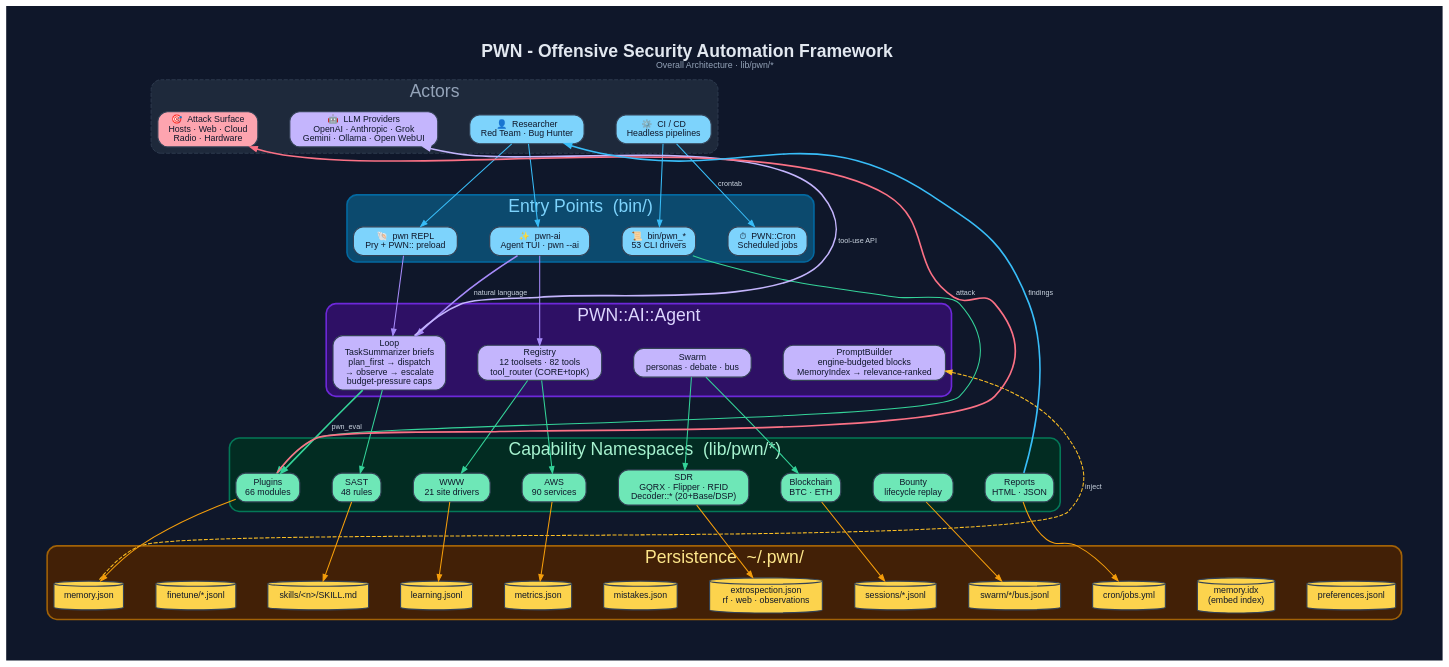
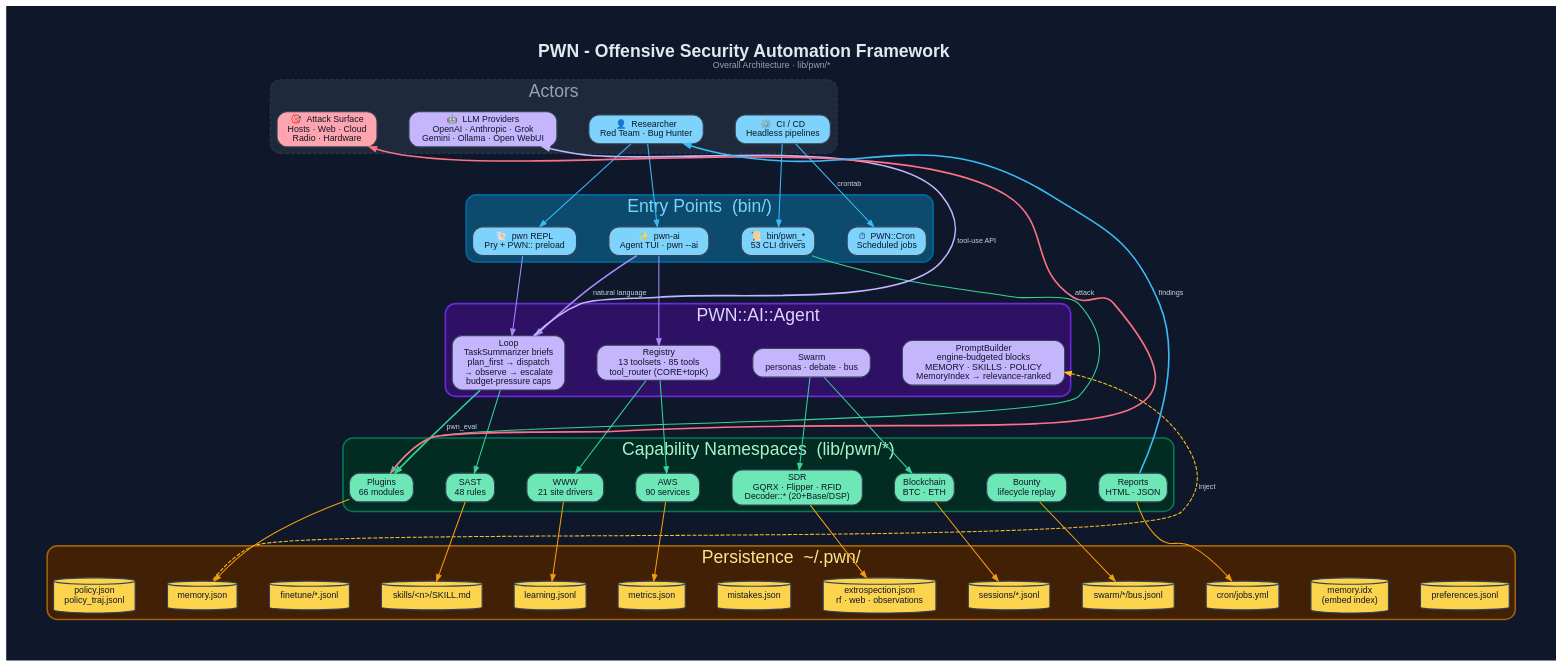
One commit to 0dayInc/pwn changed the diagram in documentation/diagrams/dot/overall-pwn-architecture.dot. Above: the diagram before and after it, drawn with Graphviz. The commit also changed 57 other files, not shown here.

```diff
--- a/documentation/diagrams/dot/overall-pwn-architecture.dot
+++ b/documentation/diagrams/dot/overall-pwn-architecture.dot
@@ -1,121 +1,122 @@
 digraph "PWN_Overall_Architecture" {
   graph [
     label=<<B>PWN - Offensive Security Automation Framework</B><BR/><FONT POINT-SIZE="11" COLOR="#94a3b8">Overall Architecture · lib/pwn/*</FONT>>,
     labelloc=t, fontsize=22, fontname="Helvetica",
     rankdir=TB, splines=spline, nodesep=0.55, ranksep=1.15,
     bgcolor="#0f172a", fontcolor="#e2e8f0", pad=0.6, compound=true, newrank=true
   ];
   node [fontname="Helvetica", fontsize=11, style="filled,rounded",
         shape=box, penwidth=1.4, color="#334155", fontcolor="#0f172a"];
   edge [fontname="Helvetica", fontsize=9, color="#94a3b8",
         fontcolor="#cbd5e1", penwidth=1.3, arrowsize=0.8];
 
   /* ───────── L0 · ACTORS ───────── */
   subgraph cluster_actors {
     label="Actors"; fontcolor="#94a3b8"; style="rounded,dashed";
     color="#334155"; bgcolor="#1e293b";
     User   [label="👤  Researcher\nRed Team · Bug Hunter", fillcolor="#7dd3fc"];
     CI     [label="⚙️  CI / CD\nHeadless pipelines",       fillcolor="#7dd3fc"];
     LLM    [label="🤖  LLM Providers\nOpenAI · Anthropic · Grok\nGemini · Ollama · Open WebUI", fillcolor="#c4b5fd"];
     Target [label="🎯  Attack Surface\nHosts · Web · Cloud\nRadio · Hardware", fillcolor="#fda4af"];
   }
   {rank=same; User; CI; LLM; Target}
 
   /* ───────── L1 · ENTRY POINTS ───────── */
   subgraph cluster_entry {
     label="Entry Points  (bin/)"; fontcolor="#7dd3fc";
     style=rounded; color="#0369a1"; bgcolor="#0c4a6e"; penwidth=2;
     REPL  [label="🐚  pwn REPL\nPry + PWN:: preload",       fillcolor="#7dd3fc"];
     PwnAI [label="✨  pwn-ai\nAgent TUI · pwn --ai",         fillcolor="#7dd3fc"];
     CLI   [label="📜  bin/pwn_*\n53 CLI drivers",            fillcolor="#7dd3fc"];
     Cronb [label="⏱  PWN::Cron\nScheduled jobs",            fillcolor="#7dd3fc"];
   }
   {rank=same; REPL; PwnAI; CLI; Cronb}
 
   /* ───────── L2 · AI AGENT CORE ───────── */
   subgraph cluster_agent {
     label="PWN::AI::Agent"; fontcolor="#ddd6fe";
     style=rounded; color="#6d28d9"; bgcolor="#2e1065"; penwidth=2;
     Loop     [label="Loop\nTaskSummarizer briefs\nplan_first → dispatch\n→ observe → escalate\nbudget-pressure caps",      fillcolor="#c4b5fd"];
-    Registry [label="Registry\n12 toolsets · 82 tools\ntool_router (CORE+topK)",    fillcolor="#c4b5fd"];
+    Registry [label="Registry\n13 toolsets · 85 tools\ntool_router (CORE+topK)",    fillcolor="#c4b5fd"];
     Swarm    [label="Swarm\npersonas · debate · bus",        fillcolor="#c4b5fd"];
-    Prompt   [label="PromptBuilder\nengine-budgeted blocks\nMemoryIndex → relevance-ranked",fillcolor="#c4b5fd"];
+    Prompt   [label="PromptBuilder\nengine-budgeted blocks\nMEMORY · SKILLS · POLICY\nMemoryIndex → relevance-ranked",fillcolor="#c4b5fd"];
   }
   {rank=same; Loop; Registry; Swarm; Prompt}
 
   /* ───────── L3 · CAPABILITY NAMESPACES ───────── */
   subgraph cluster_caps {
     label="Capability Namespaces  (lib/pwn/*)"; fontcolor="#a7f3d0";
     style=rounded; color="#047857"; bgcolor="#022c22"; penwidth=2;
     Plugins [label="Plugins\n66 modules",     fillcolor="#6ee7b7"];
     SAST    [label="SAST\n48 rules",          fillcolor="#6ee7b7"];
     WWW     [label="WWW\n21 site drivers",    fillcolor="#6ee7b7"];
     AWS     [label="AWS\n90 services",        fillcolor="#6ee7b7"];
     SDR     [label="SDR\nGQRX · Flipper · RFID\nDecoder::* (20+Base/DSP)", fillcolor="#6ee7b7"];
     Chain   [label="Blockchain\nBTC · ETH",   fillcolor="#6ee7b7"];
     Bounty  [label="Bounty\nlifecycle replay", fillcolor="#6ee7b7"];
     Reports [label="Reports\nHTML · JSON",    fillcolor="#6ee7b7"];
   }
   {rank=same; Plugins; SAST; WWW; AWS; SDR; Chain; Bounty; Reports}
 
   /* ───────── L4 · PERSISTENCE (~/.pwn) ───────── */
   subgraph cluster_persist {
     label="Persistence  ~/.pwn/"; fontcolor="#fde68a";
     style=rounded; color="#a16207"; bgcolor="#422006"; penwidth=2;
     Memory   [label="memory.json",       shape=cylinder, fillcolor="#fcd34d"];
     MemIdx   [label="memory.idx\n(embed index)", shape=cylinder, fillcolor="#fcd34d"];
     Skills   [label="skills/<n>/SKILL.md",        shape=cylinder, fillcolor="#fcd34d"];
     Learn    [label="learning.jsonl",     shape=cylinder, fillcolor="#fcd34d"];
     Metrics  [label="metrics.json",       shape=cylinder, fillcolor="#fcd34d"];
     MistF    [label="mistakes.json",      shape=cylinder, fillcolor="#fcd34d"];
     Extro    [label="extrospection.json\nrf · web · observations", shape=cylinder, fillcolor="#fcd34d"];
     Sessions [label="sessions/*.jsonl",   shape=cylinder, fillcolor="#fcd34d"];
     SwarmB   [label="swarm/*/bus.jsonl",  shape=cylinder, fillcolor="#fcd34d"];
     CronF    [label="cron/jobs.yml",      shape=cylinder, fillcolor="#fcd34d"];
     Finetune [label="finetune/*.jsonl", shape=cylinder, fillcolor="#fcd34d"];
     Prefs    [label="preferences.jsonl", shape=cylinder, fillcolor="#fcd34d"];
+    PolicyF  [label="policy.json\npolicy_traj.jsonl", shape=cylinder, fillcolor="#fcd34d"];
   }
-  {rank=same; Memory; MemIdx; Skills; Learn; Metrics; MistF; Extro; Sessions; SwarmB; CronF; Finetune; Prefs}
+  {rank=same; Memory; MemIdx; Skills; Learn; Metrics; MistF; Extro; Sessions; SwarmB; CronF; Finetune; Prefs; PolicyF}
 
   /* ── L0 → L1 ── */
   User -> REPL   [color="#38bdf8"];
   User -> PwnAI  [color="#38bdf8"];
   CI   -> CLI    [color="#38bdf8"];
   CI   -> Cronb  [label="crontab", color="#38bdf8"];
 
   /* ── L1 → L2 ── */
   REPL  -> Loop     [color="#a78bfa"];
   PwnAI -> Loop     [label="natural language", color="#a78bfa", penwidth=2];
   PwnAI -> Registry [color="#a78bfa"];
   CLI   -> Swarm    [style=invis];
   Cronb -> Prompt   [style=invis];
 
   /* ── L2 → L3 ── */
   Loop     -> Plugins [label="pwn_eval", color="#34d399", penwidth=2];
   Loop     -> SAST    [color="#34d399"];
   Registry -> WWW     [color="#34d399"];
   Registry -> AWS     [color="#34d399"];
   Swarm    -> SDR     [color="#34d399"];
   Swarm    -> Chain   [color="#34d399"];
   Prompt   -> Bounty  [style=invis];
   Prompt   -> Reports [style=invis];
   CLI      -> Plugins [color="#34d399", constraint=false];
 
   /* ── L3 → L4 ── */
   Plugins -> Memory   [color="#f59e0b"];
   SAST    -> Skills   [color="#f59e0b"];
   WWW     -> Learn    [color="#f59e0b"];
   AWS     -> Metrics  [color="#f59e0b"];
   SDR     -> MistF    [style=invis];
   SDR     -> Extro    [color="#f59e0b"];
   Chain   -> Sessions [color="#f59e0b"];
   Bounty  -> SwarmB   [color="#f59e0b"];
   Reports -> CronF    [color="#f59e0b"];
   Reports -> Prefs    [style=invis];
 
   /* ── side flows (few, non-constraining) ── */
   Loop    -> LLM    [label="tool-use API", color="#c4b5fd", constraint=false, penwidth=2];
   Plugins -> Target [label="attack",       color="#fb7185", constraint=false, penwidth=2];
   Prompt  -> Memory [label="inject", dir=back, color="#fbbf24", constraint=false, style=dashed];
   Reports -> User   [label="findings", color="#38bdf8", constraint=false, penwidth=2];
 }
```
